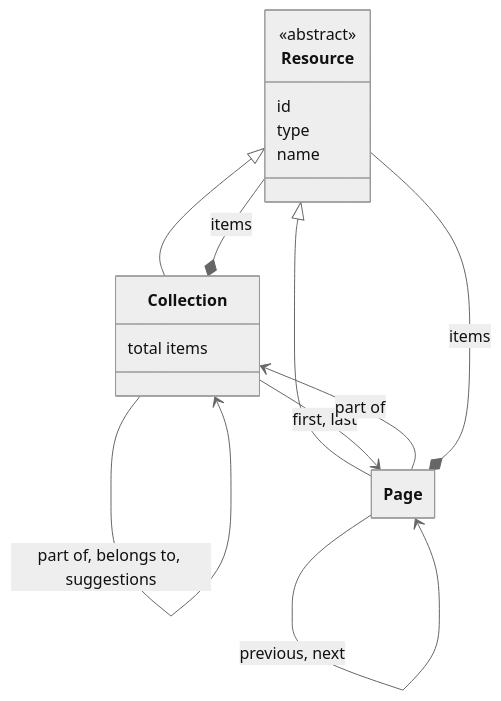
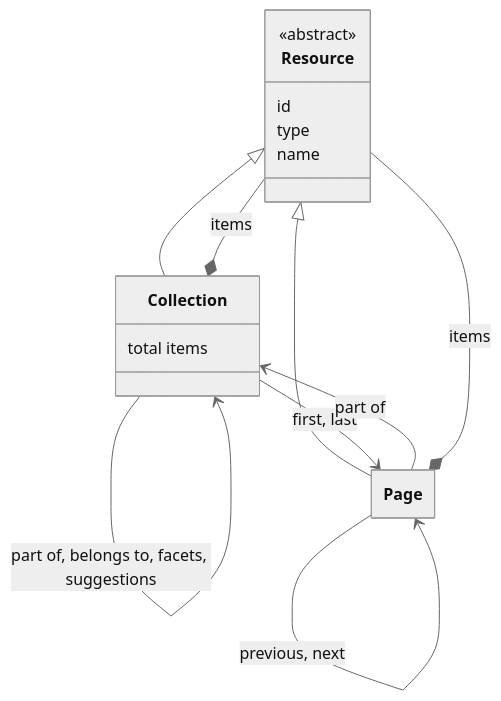
The first of 2 diagrams in docs/requirements/data-layer-api/rest/resources.md (netwerk-digitaal-erfgoed/netwerk-digitaal-erfgoed.github.io), drawn with Mermaid (neutral theme) before and after one commit. The commit also changed other lines of this file and 6 other files, not shown here.

````diff
--- a/docs/requirements/data-layer-api/rest/resources.md
+++ b/docs/requirements/data-layer-api/rest/resources.md
@@ -24,32 +24,32 @@
 ```mermaid
 ---
   config:
     class:
       hideEmptyMembersBox: true
 ---
 classDiagram
 
 class Resource {
   <<abstract>>
   id
   type
   name
 }
 
 class Collection {
   total items
 }
 
 class Page
 
 Resource <|-- Collection
 Resource <|-- Page
 
 Collection *-- Collection : items
-Collection --> Collection : part of, belongs to, suggestions
+Collection --> Collection : part of, belongs to, facets, suggestions
 Collection --> Page : first, last
 Collection *-- Resource : items
 Page --> Collection : part of
 Page --> Page : previous, next
 Page *-- Resource : items
 ```
````
